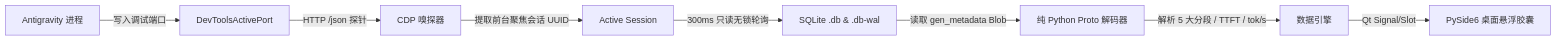
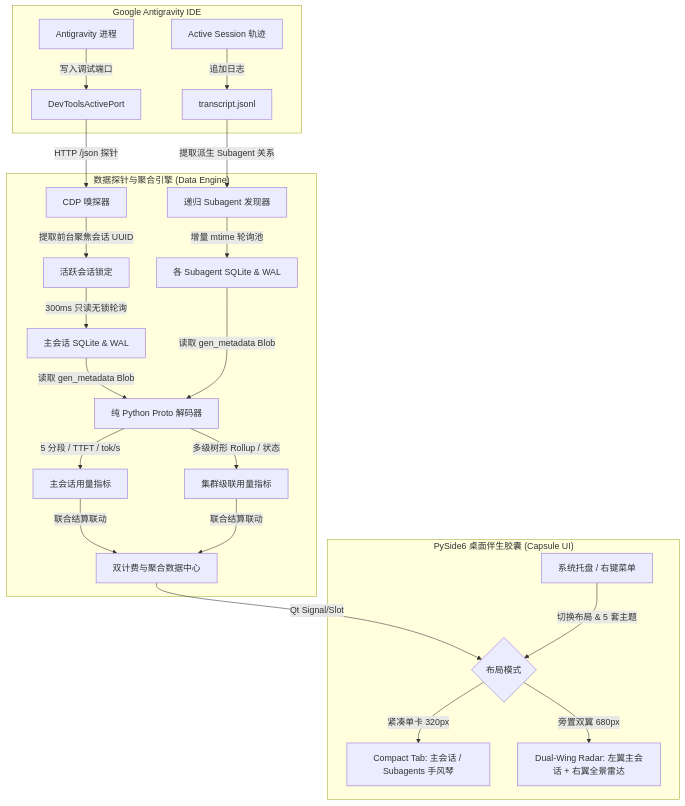
The diagram in README.md (lzpgood123/antigravity-token-capsule), drawn with Mermaid before and after one commit. The commit also changed other lines of this file and 9 other files, not shown here.

````diff
--- a/README.md
+++ b/README.md
@@ -96,10 +117,27 @@
 ```mermaid
-flowchart LR
-    A[Antigravity 进程] -->|写入调试端口| B[DevToolsActivePort]
-    B -->|HTTP /json 探针| C[CDP 嗅探器]
-    C -->|提取前台聚焦会话 UUID| D[Active Session]
-    D -->|300ms 只读无锁轮询| E[SQLite .db & .db-wal]
-    E -->|读取 gen_metadata Blob| F[纯 Python Proto 解码器]
-    F -->|解析 5 大分段 / TTFT / tok/s| G[数据引擎]
-    G -->|Qt Signal/Slot| H[PySide6 桌面悬浮胶囊]
+flowchart TD
+    subgraph AntigravityIDE["Google Antigravity IDE"]
+        A[Antigravity 进程] -->|写入调试端口| B[DevToolsActivePort]
+        C[Active Session 轨迹] -->|追加日志| D[transcript.jsonl]
+    end
+
+    subgraph Engine["数据探针与聚合引擎 (Data Engine)"]
+        B -->|HTTP /json 探针| E[CDP 嗅探器]
+        E -->|提取前台聚焦会话 UUID| F[活跃会话锁定]
+        D -->|提取派生 Subagent 关系| G[递归 Subagent 发现器]
+        F -->|300ms 只读无锁轮询| H[主会话 SQLite & WAL]
+        G -->|增量 mtime 轮询池| I[各 Subagent SQLite & WAL]
+        H -->|读取 gen_metadata Blob| J[纯 Python Proto 解码器]
+        I -->|读取 gen_metadata Blob| J
+        J -->|5 分段 / TTFT / tok/s| K[主会话用量指标]
+        J -->|多级树形 Rollup / 状态| L[集群级联用量指标]
+        K & L -->|联合结算联动| M[双计费与聚合数据中心]
+    end
+
+    subgraph UI["PySide6 桌面伴生胶囊 (Capsule UI)"]
+        M -->|Qt Signal/Slot| N{布局模式}
+        N -->|紧凑单卡 320px| O[Compact Tab: 主会话 / Subagents 手风琴]
+        N -->|旁置双翼 680px| P[Dual-Wing Radar: 左翼主会话 + 右翼全景雷达]
+        Q[系统托盘 / 右键菜单] -->|切换布局 & 5 套主题| N
+    end
 ```
````
